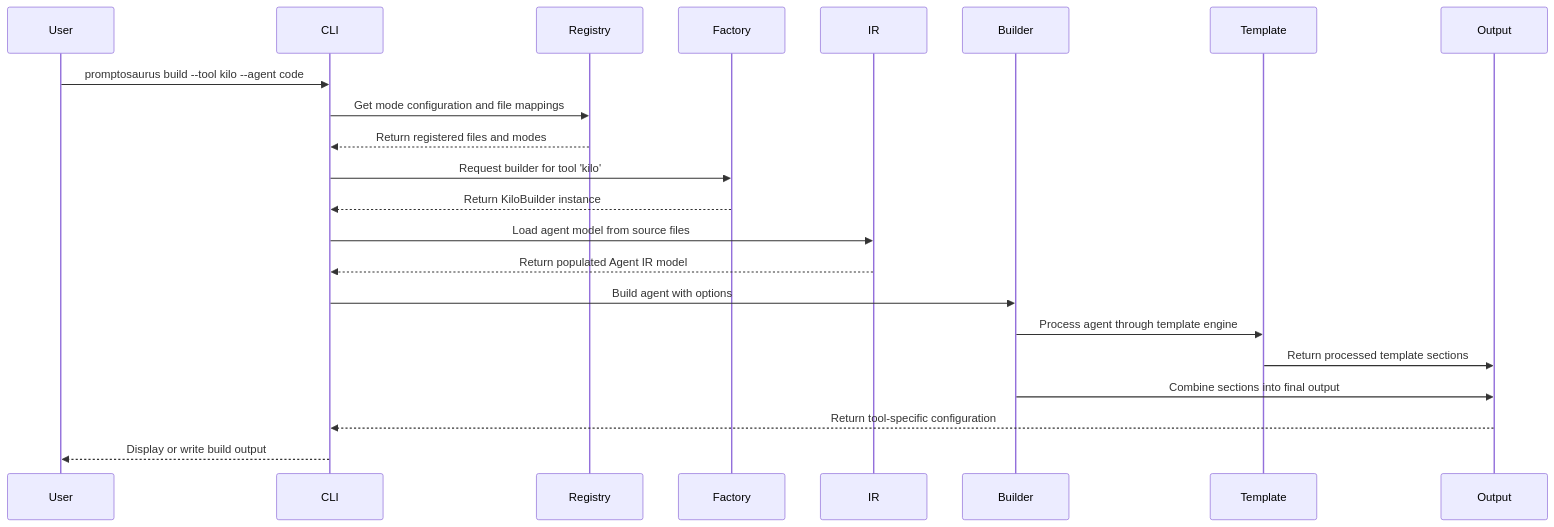
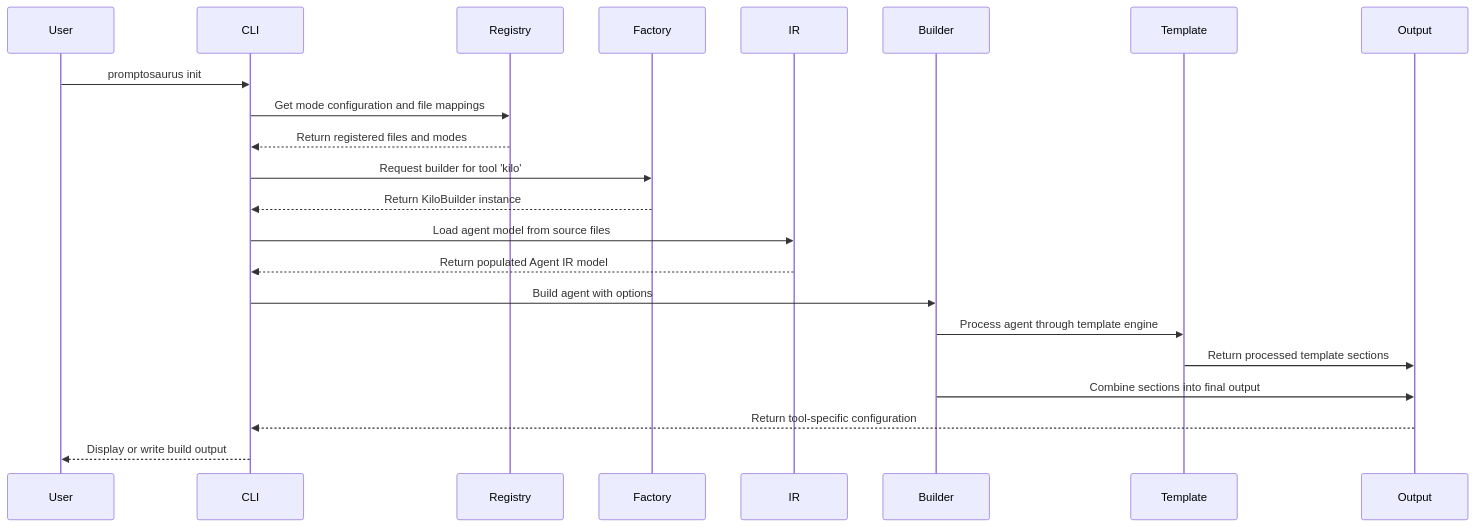
One commit to snoodleboot-io/prompticorn changed the second of 2 diagrams in docs/architecture/ARCHITECTURE_OVERVIEW.md. Above: the diagram before and after it, drawn with Mermaid. The commit also changed other lines of this file and 234 other files, not shown here.

````diff
--- a/docs/architecture/ARCHITECTURE_OVERVIEW.md
+++ b/docs/architecture/ARCHITECTURE_OVERVIEW.md
@@ -131,25 +131,25 @@
 ```mermaid
 sequenceDiagram
     participant User
     participant CLI
     participant Registry
     participant Factory
     participant IR
     participant Builder
     participant Template
     participant Output
     
-    User->>CLI: promptosaurus build --tool kilo --agent code
+    User->>CLI: promptosaurus init
     CLI->>Registry: Get mode configuration and file mappings
     Registry-->>CLI: Return registered files and modes
     CLI->>Factory: Request builder for tool 'kilo'
     Factory-->>CLI: Return KiloBuilder instance
     CLI->>IR: Load agent model from source files
     IR-->>CLI: Return populated Agent IR model
     CLI->>Builder: Build agent with options
     Builder->>Template: Process agent through template engine
     Template->>Output: Return processed template sections
     Builder->>Output: Combine sections into final output
     Output-->>CLI: Return tool-specific configuration
     CLI-->>User: Display or write build output
 ```
````
